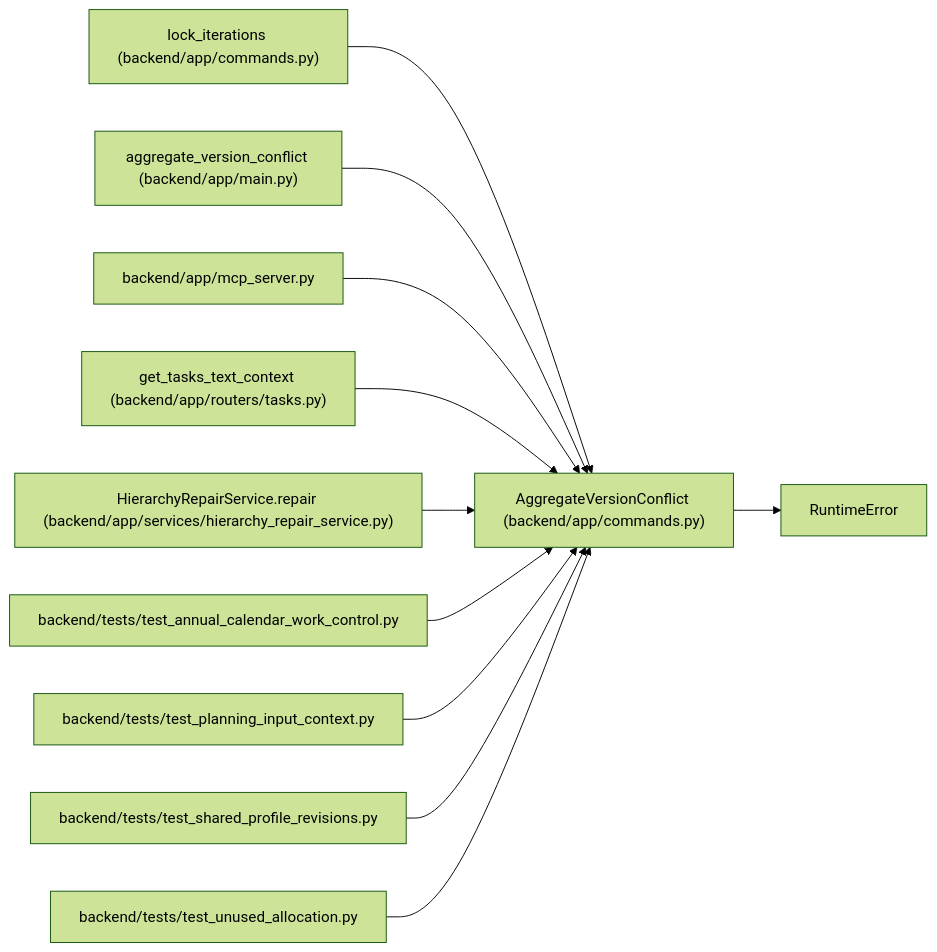
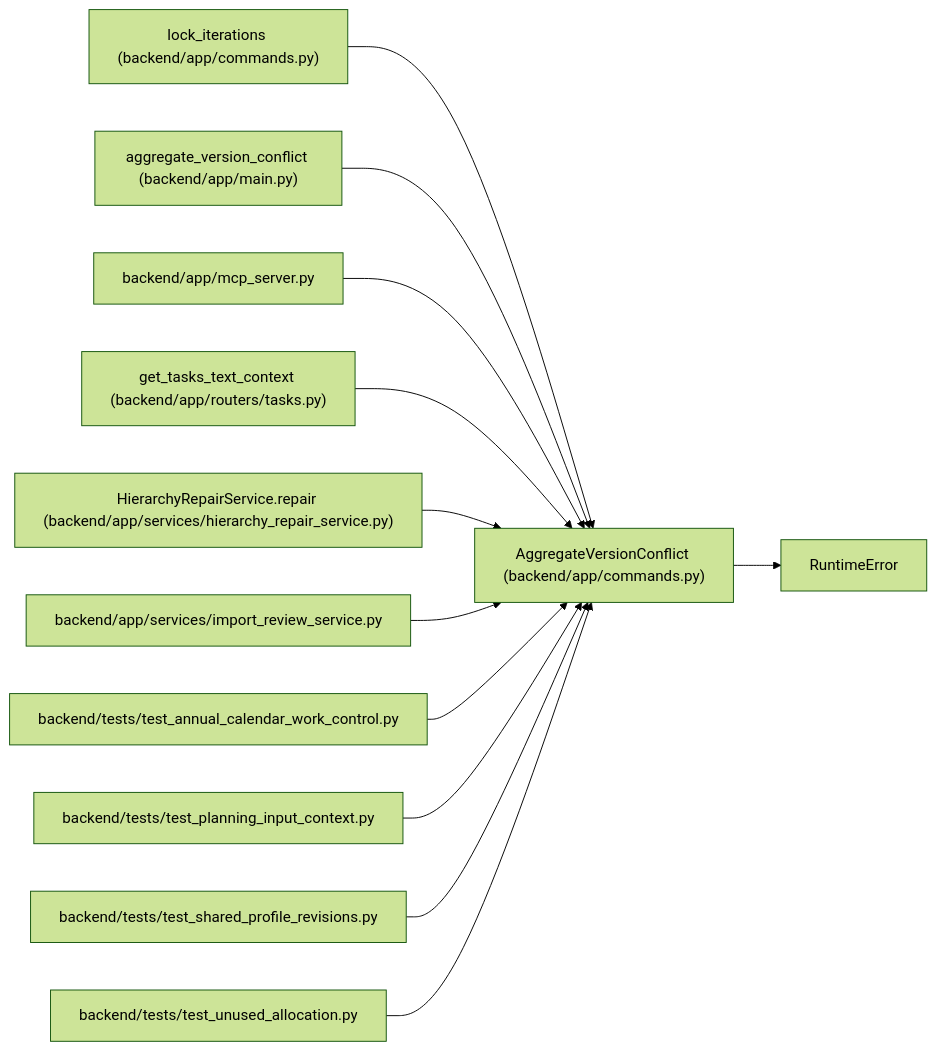
Before and after one commit to Denissvgn/WorkChord: the diagram in docs/llm_wiki/entities/AggregateVersionConflict.md, drawn with Mermaid (forest theme). The commit also changed other lines of this file and 791 other files, not shown here.

Commit message:
Sync the architectural wiki for the plan-import dry run

````diff
--- a/docs/llm_wiki/entities/AggregateVersionConflict.md
+++ b/docs/llm_wiki/entities/AggregateVersionConflict.md
@@ -26,34 +26,37 @@
 ```mermaid
 flowchart LR
     n0["AggregateVersionConflict (backend/app/commands.py)"]
     n1["RuntimeError"]
     n2["lock_iterations (backend/app/commands.py)"]
     n3["aggregate_version_conflict (backend/app/main.py)"]
     n4["backend/app/mcp_server.py"]
     n5["get_tasks_text_context (backend/app/routers/tasks.py)"]
     n6["HierarchyRepairService.repair (backend/app/services/hierarchy_repair_service.py)"]
-    n7["backend/tests/test_annual_calendar_work_control.py"]
-    n8["backend/tests/test_planning_input_context.py"]
-    n9["backend/tests/test_shared_profile_revisions.py"]
-    n10["backend/tests/test_unused_allocation.py"]
+    n7["backend/app/services/import_review_service.py"]
+    n8["backend/tests/test_annual_calendar_work_control.py"]
+    n9["backend/tests/test_planning_input_context.py"]
+    n10["backend/tests/test_shared_profile_revisions.py"]
+    n11["backend/tests/test_unused_allocation.py"]
     n0 --> n1
     n2 --> n0
     n3 --> n0
     n4 --> n0
     n5 --> n0
     n6 --> n0
     n7 --> n0
     n8 --> n0
     n9 --> n0
     n10 --> n0
+    n11 --> n0
     click n0 "../modules/commands.md"
     click n2 "../modules/commands.md"
     click n3 "../modules/app_main.md"
     click n4 "../modules/mcp_server.md"
     click n5 "../modules/tasks.md"
     click n6 "../modules/hierarchy_repair_service.md"
-    click n7 "../modules/test_annual_calendar_work_control.md"
-    click n8 "../modules/test_planning_input_context.md"
-    click n9 "../modules/test_shared_profile_revisions.md"
-    click n10 "../modules/test_unused_allocation.md"
+    click n7 "../modules/import_review_service.md"
+    click n8 "../modules/test_annual_calendar_work_control.md"
+    click n9 "../modules/test_planning_input_context.md"
+    click n10 "../modules/test_shared_profile_revisions.md"
+    click n11 "../modules/test_unused_allocation.md"
 ```
````
